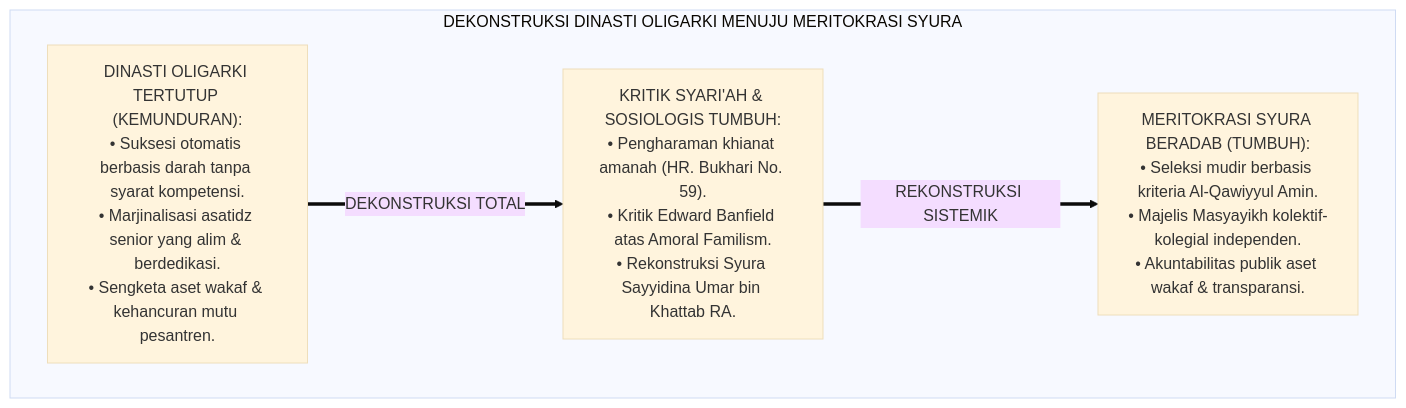
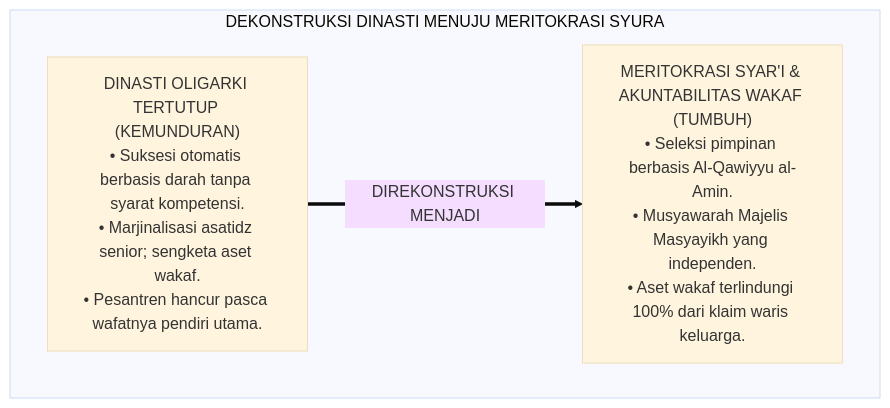
Before and after one commit to wandiapriliyandi/tumbuh: the first of 5 diagrams in 01 Philosophy/05 Leadership/P1-05-05-Kritik-Oligarki-dan-Dinasti-Kepemimpinan-Pesantren.md, drawn with Mermaid (base theme). The commit also changed other lines of this file and 7 other files, not shown here.

````diff
--- a/01 Philosophy/05 Leadership/P1-05-05-Kritik-Oligarki-dan-Dinasti-Kepemimpinan-Pesantren.md
+++ b/01 Philosophy/05 Leadership/P1-05-05-Kritik-Oligarki-dan-Dinasti-Kepemimpinan-Pesantren.md
@@ -55,12 +56,10 @@
 ```mermaid
 flowchart TD
-    subgraph DekonstruksiDinastiPesantren["DEKONSTRUKSI DINASTI OLIGARKI MENUJU MERITOKRASI SYURA"]
-        Dinasti["DINASTI OLIGARKI TERTUTUP (KEMUNDURAN):<br/>• Suksesi otomatis berbasis darah tanpa syarat kompetensi.<br/>• Marjinalisasi asatidz senior yang alim & berdedikasi.<br/>• Sengketa aset wakaf & kehancuran mutu pesantren."]
+    subgraph DekonstruksiDinastiPesantren["DEKONSTRUKSI DINASTI MENUJU MERITOKRASI SYURA"]
+        PolaDinastiLama["DINASTI OLIGARKI TERTUTUP (KEMUNDURAN)<br/>• Suksesi otomatis berbasis darah tanpa syarat kompetensi.<br/>• Marjinalisasi asatidz senior; sengketa aset wakaf.<br/>• Pesantren hancur pasca wafatnya pendiri utama."]
         
-        KritikSyarie["KRITIK SYARI'AH & SOSIOLOGIS TUMBUH:<br/>• Pengharaman khianat amanah (HR. Bukhari No. 59).<br/>• Kritik Edward Banfield atas Amoral Familism.<br/>• Rekonstruksi Syura Sayyidina Umar bin Khattab RA."]
+        PolaMeritokrasiTUMBUH["MERITOKRASI SYAR'I & AKUNTABILITAS WAKAF (TUMBUH)<br/>• Seleksi pimpinan berbasis Al-Qawiyyu al-Amin.<br/>• Musyawarah Majelis Masyayikh yang independen.<br/>• Aset wakaf terlindungi 100% dari klaim waris keluarga."]
         
-        Meritokrasi["MERITOKRASI SYURA BERADAB (TUMBUH):<br/>• Seleksi mudir berbasis kriteria Al-Qawiyyul Amin.<br/>• Majelis Masyayikh kolektif-kolegial independen.<br/>• Akuntabilitas publik aset wakaf & transparansi."]
-        
-        Dinasti ==>|DEKONSTRUKSI TOTAL| KritikSyarie ==>|REKONSTRUKSI SISTEMIK| Meritokrasi
+        PolaDinastiLama ==>|DIREKONSTRUKSI MENJADI| PolaMeritokrasiTUMBUH
     end
 ```
````
